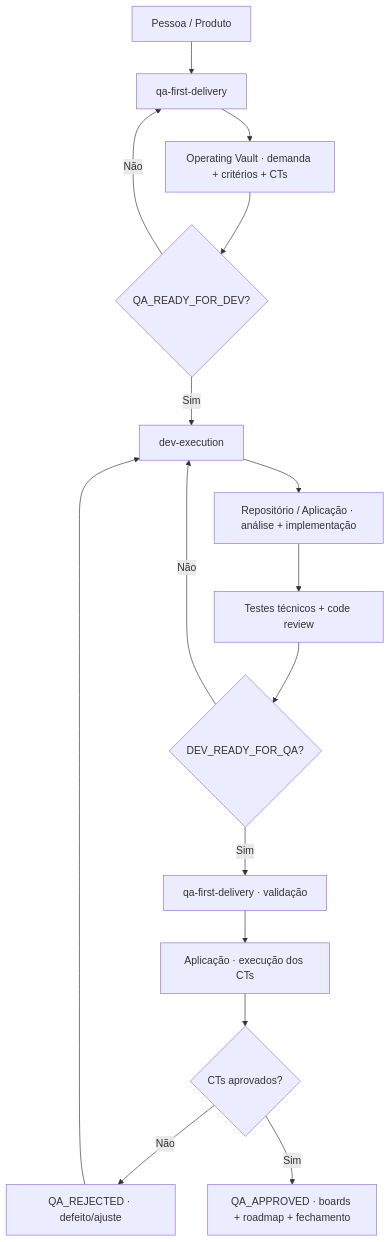
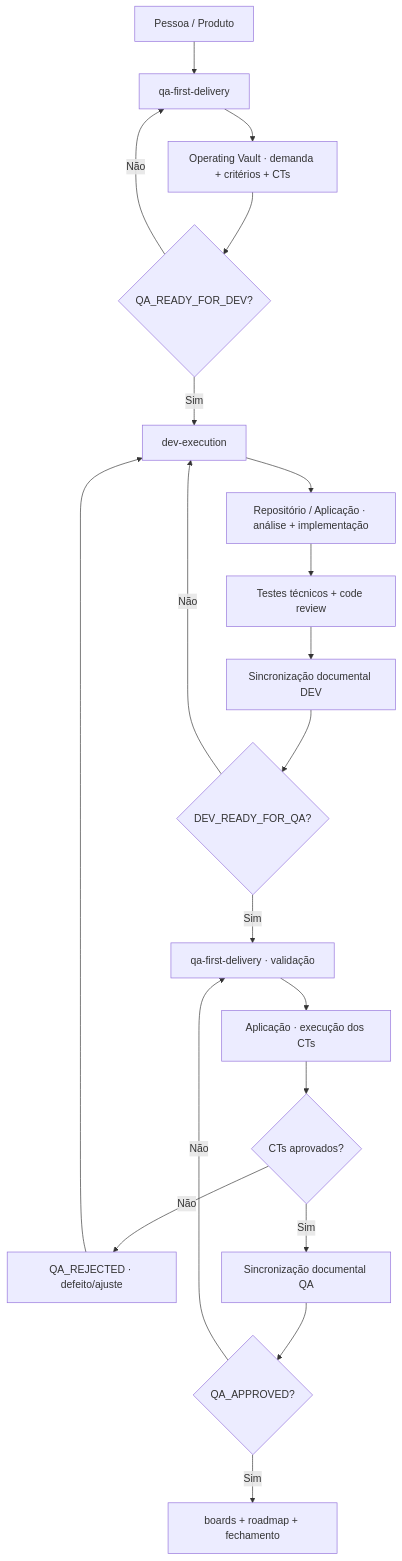
Before and after one commit to RafaCartaxo/operating-vault: the second of 2 diagrams in 01 Board/Processos/04 - Fluxo QA DEV.md, drawn with Mermaid. The commit also changed other lines of this file and 4 other files, not shown here.

````diff
--- a/01 Board/Processos/04 - Fluxo QA DEV.md
+++ b/01 Board/Processos/04 - Fluxo QA DEV.md
@@ -94,18 +116,22 @@
 ```mermaid
 flowchart TD
     A[Pessoa / Produto] --> B[qa-first-delivery]
     B --> C[Operating Vault · demanda + critérios + CTs]
     C --> D{QA_READY_FOR_DEV?}
     D -- Não --> B
     D -- Sim --> E[dev-execution]
     E --> F[Repositório / Aplicação · análise + implementação]
     F --> G[Testes técnicos + code review]
-    G --> H{DEV_READY_FOR_QA?}
-    H -- Não --> E
-    H -- Sim --> I[qa-first-delivery · validação]
-    I --> J[Aplicação · execução dos CTs]
-    J --> K{CTs aprovados?}
-    K -- Não --> L[QA_REJECTED · defeito/ajuste]
-    L --> E
-    K -- Sim --> M[QA_APPROVED · boards + roadmap + fechamento]
+    G --> H[Sincronização documental DEV]
+    H --> I{DEV_READY_FOR_QA?}
+    I -- Não --> E
+    I -- Sim --> J[qa-first-delivery · validação]
+    J --> K[Aplicação · execução dos CTs]
+    K --> L{CTs aprovados?}
+    L -- Não --> M[QA_REJECTED · defeito/ajuste]
+    M --> E
+    L -- Sim --> N[Sincronização documental QA]
+    N --> O{QA_APPROVED?}
+    O -- Não --> J
+    O -- Sim --> P[boards + roadmap + fechamento]
 ```
````
